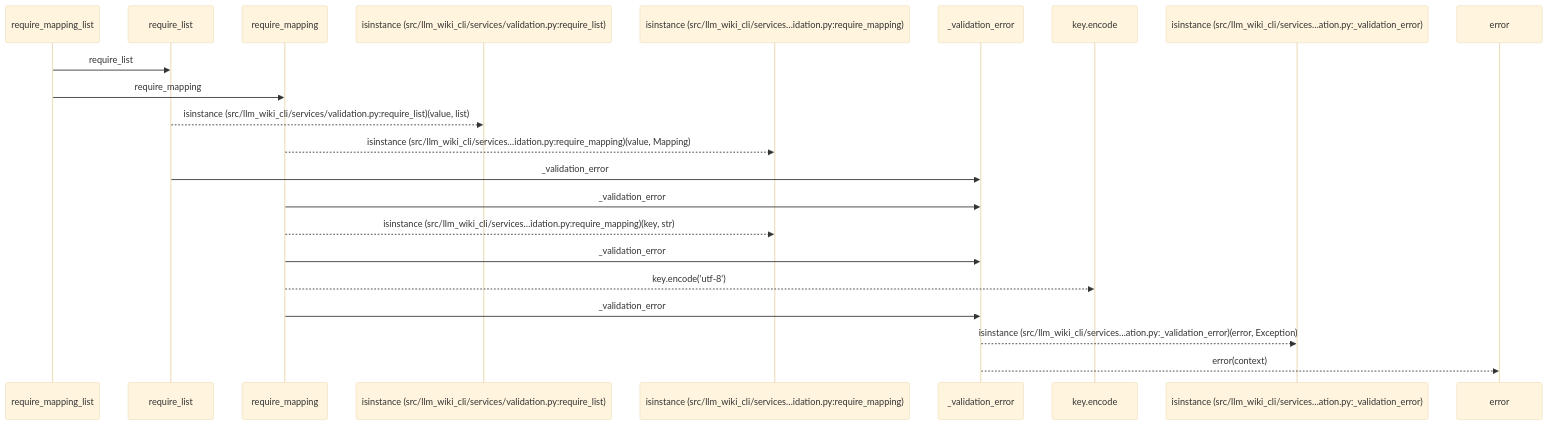
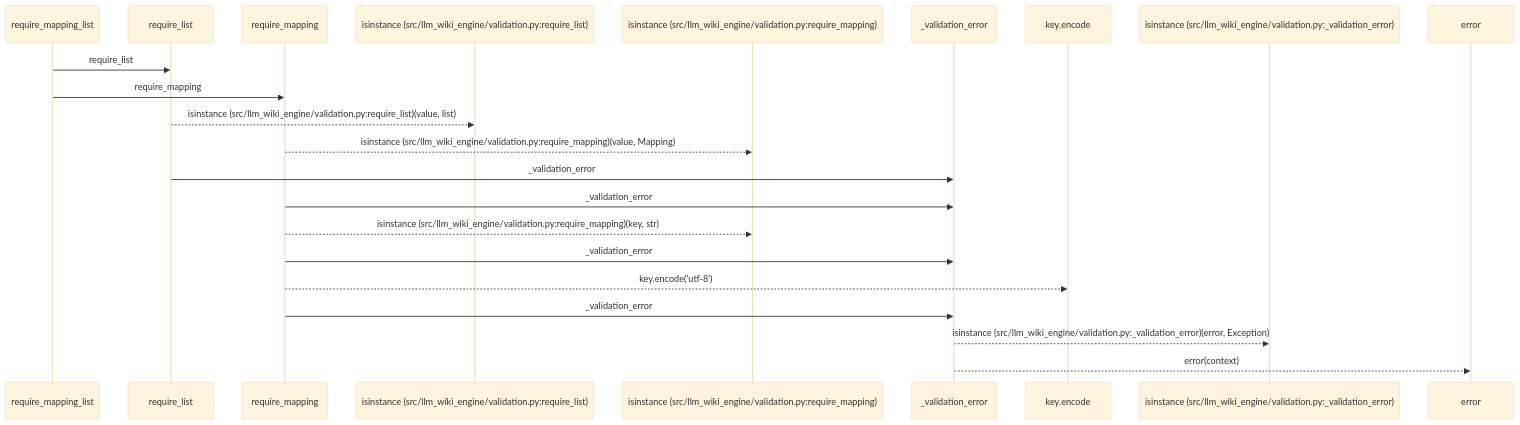
The first of 2 diagrams in docs/llm_wiki/flows/api-require_mapping_list.md (Denissvgn/python-wiki-llm), drawn with Mermaid (base theme) before and after one commit. The commit also changed other lines of this file and 1103 other files, not shown here.

First line of the commit message:
docs: refresh the wiki for the llm-wiki-engine distribution

````diff
--- a/docs/llm_wiki/flows/api-require_mapping_list.md
+++ b/docs/llm_wiki/flows/api-require_mapping_list.md
@@ -12,24 +12,24 @@
 ```mermaid
 sequenceDiagram
     participant p0 as require_mapping_list
     participant p1 as require_list
     participant p2 as require_mapping
-    participant p3 as isinstance (src/llm_wiki_cli/services/validation.py:require_list)
-    participant p4 as isinstance (src/llm_wiki_cli/services…idation.py:require_mapping)
+    participant p3 as isinstance (src/llm_wiki_engine/validation.py:require_list)
+    participant p4 as isinstance (src/llm_wiki_engine/validation.py:require_mapping)
     participant p5 as _validation_error
     participant p6 as key.encode
-    participant p7 as isinstance (src/llm_wiki_cli/services…ation.py:_validation_error)
+    participant p7 as isinstance (src/llm_wiki_engine/validation.py:_validation_error)
     participant p8 as error
     p0->>p1: require_list
     p0->>p2: require_mapping
-    p1-->>p3: isinstance (src/llm_wiki_cli/services/validation.py:require_list)(value, list)
-    p2-->>p4: isinstance (src/llm_wiki_cli/services…idation.py:require_mapping)(value, Mapping)
+    p1-->>p3: isinstance (src/llm_wiki_engine/validation.py:require_list)(value, list)
+    p2-->>p4: isinstance (src/llm_wiki_engine/validation.py:require_mapping)(value, Mapping)
     p1->>p5: _validation_error
     p2->>p5: _validation_error
-    p2-->>p4: isinstance (src/llm_wiki_cli/services…idation.py:require_mapping)(key, str)
+    p2-->>p4: isinstance (src/llm_wiki_engine/validation.py:require_mapping)(key, str)
     p2->>p5: _validation_error
     p2-->>p6: key.encode('utf-8')
     p2->>p5: _validation_error
-    p5-->>p7: isinstance (src/llm_wiki_cli/services…ation.py:_validation_error)(error, Exception)
+    p5-->>p7: isinstance (src/llm_wiki_engine/validation.py:_validation_error)(error, Exception)
     p5-->>p8: error(context)
 ```
````
